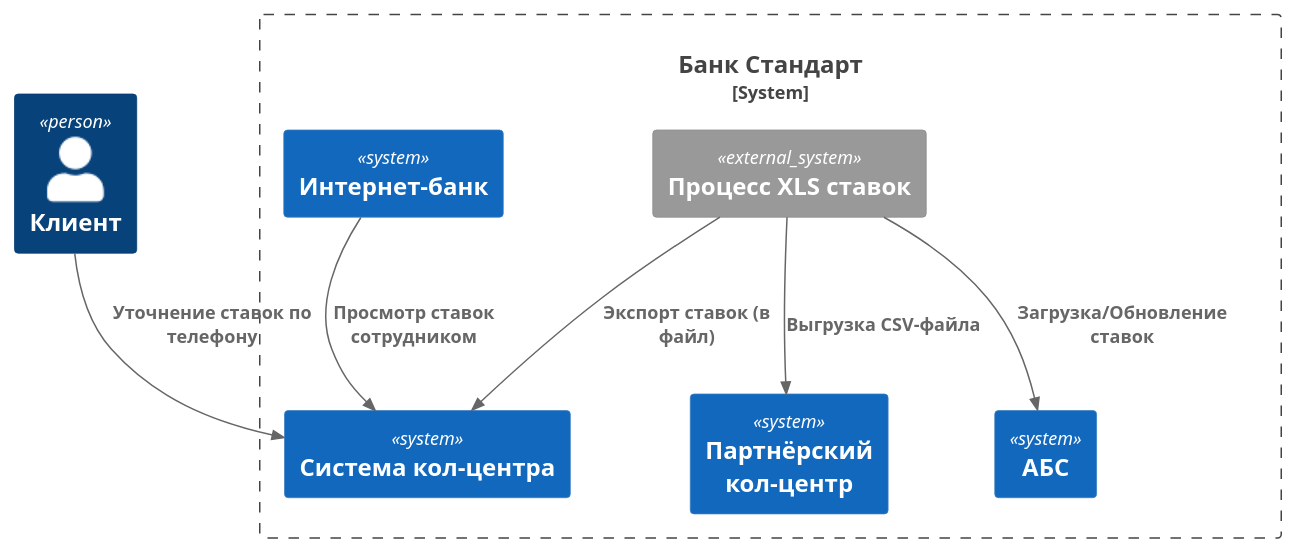
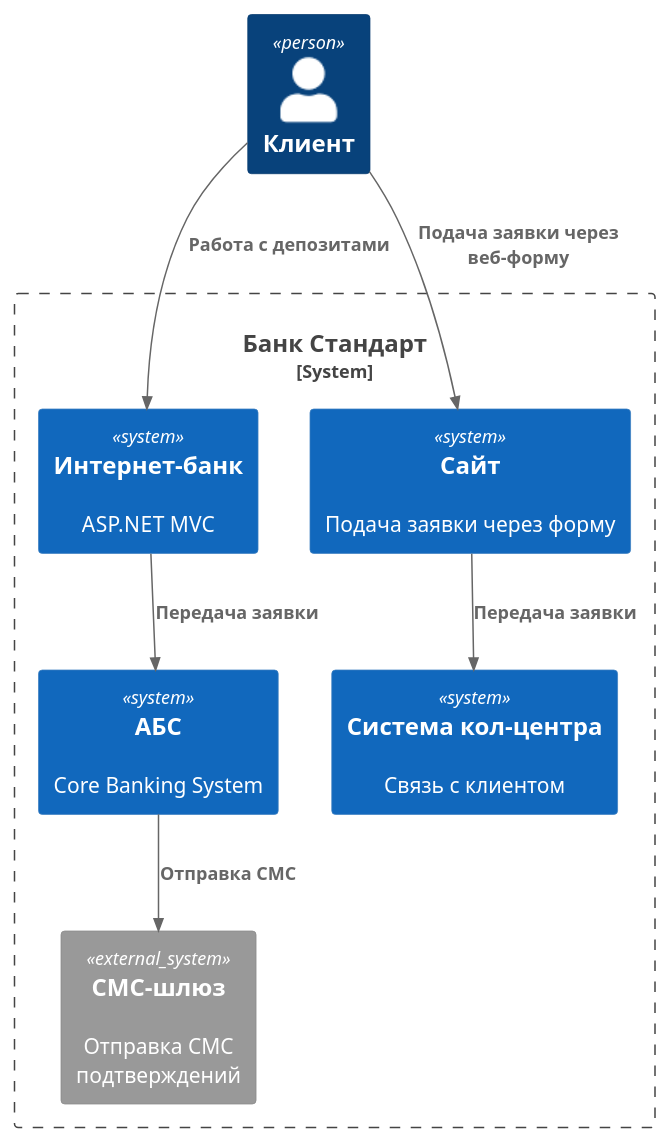
The first of 2 diagrams in docs/Task4/index.md (defaktor/architecture-sprint-9), drawn with PlantUML before and after one commit. The commit also changed other lines of this file and 1 other file, not shown here.

````diff
--- a/docs/Task4/index.md
+++ b/docs/Task4/index.md
@@ -34,20 +34,20 @@
 ```puml
 @startuml
 !includeurl https://raw.githubusercontent.com/plantuml-stdlib/C4-PlantUML/master/C4_Context.puml
 
 Person(client, "Клиент")
 System_Boundary(std_bank, "Банк Стандарт") {
-    System(ibs, "АБС")
-    System(ib, "Интернет-банк")
-    System(callcenter, "Система кол-центра")
-    System(partnercc, "Партнёрский кол-центр")
-    System_Ext(xls_proc, "Процесс XLS ставок")
+  System(ibs, "АБС", "Core Banking System")
+  System(ib, "Интернет-банк", "ASP.NET MVC")
+  System(site, "Сайт", "Подача заявки через форму")
+  System(callcenter, "Система кол-центра", "Связь с клиентом")
+  System_Ext(telecom, "СМС-шлюз", "Отправка СМС подтверждений")
 }
 
-Rel(client, callcenter, "Уточнение ставок по телефону")
-Rel(ib, callcenter, "Просмотр ставок сотрудником")
-Rel(xls_proc, ibs, "Загрузка/Обновление ставок")
-Rel(xls_proc, callcenter, "Экспорт ставок (в файл)")
-Rel(xls_proc, partnercc, "Выгрузка CSV-файла")
+Rel(client, site, "Подача заявки через веб-форму")
+Rel(client, ib, "Работа с депозитами")
+Rel(site, callcenter, "Передача заявки")
+Rel(ib, ibs, "Передача заявки")
+Rel(ibs, telecom, "Отправка СМС")
 @enduml
 ```
````
